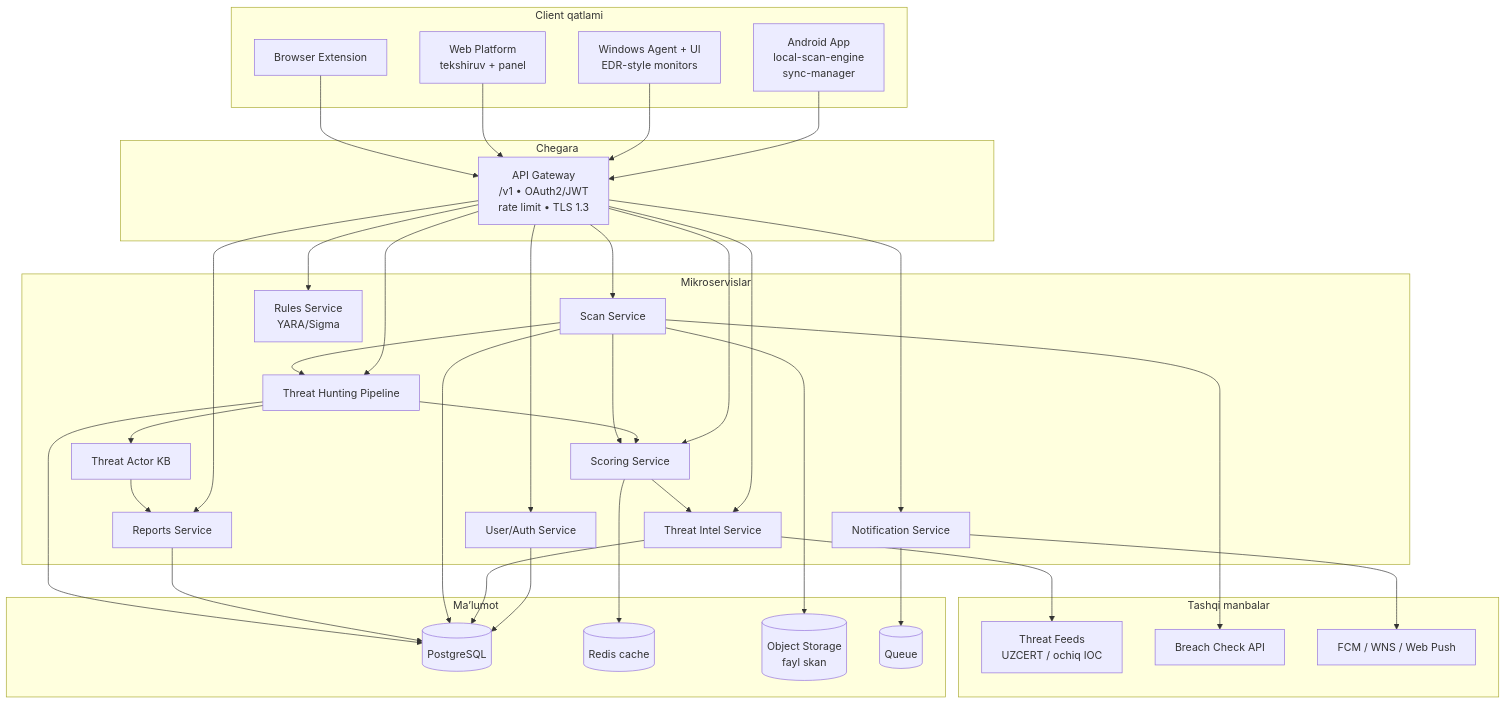
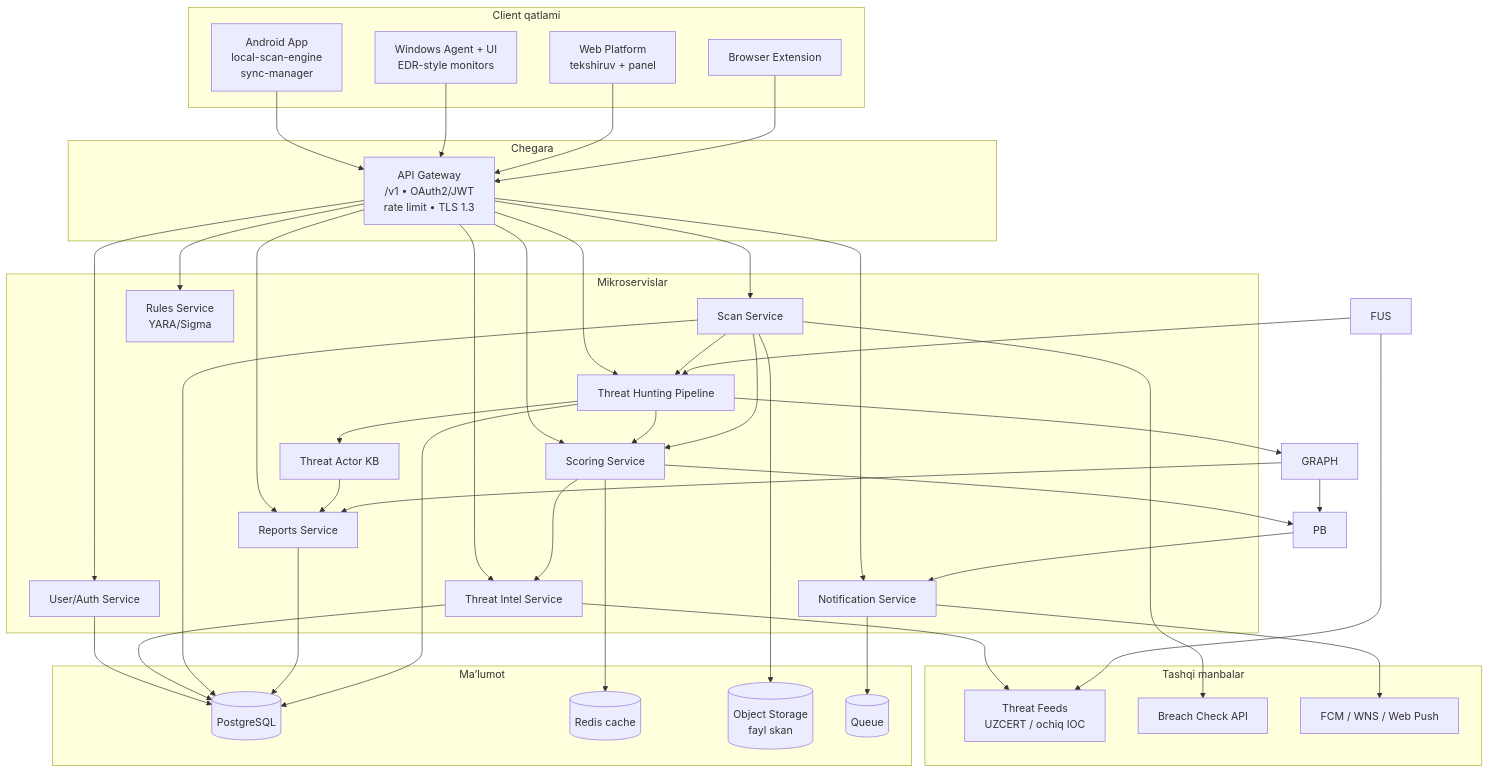
The first of 3 diagrams in docs/cyber-guardian-ai/sdd/01-system-architecture.md (Kamol0303/CYBERHIMOYA), drawn with Mermaid before and after one commit. The commit also changed other lines of this file and 12 other files, not shown here.

First line of the commit message:
Add Killer Edition: fusion, knowledge graph, defensive playbooks

````diff
--- a/docs/cyber-guardian-ai/sdd/01-system-architecture.md
+++ b/docs/cyber-guardian-ai/sdd/01-system-architecture.md
@@ -16,68 +16,75 @@
 ```mermaid
 flowchart TB
   subgraph Clients["Client qatlami"]
     AND["Android App\nlocal-scan-engine\nsync-manager"]
     WIN["Windows Agent + UI\nEDR-style monitors"]
     WEB["Web Platform\ntekshiruv + panel"]
     EXT["Browser Extension"]
   end
 
   subgraph Edge["Chegara"]
     GW["API Gateway\n/v1 • OAuth2/JWT\nrate limit • TLS 1.3"]
   end
 
   subgraph Services["Mikroservislar"]
     AUTH["User/Auth Service"]
     TI["Threat Intel Service"]
     SCAN["Scan Service"]
     SCORE["Scoring Service"]
     NOTIF["Notification Service"]
     RPT["Reports Service"]
     RULE["Rules Service\nYARA/Sigma"]
     HUNT["Threat Hunting Pipeline"]
     TAKB["Threat Actor KB"]
   end
 
   subgraph Data["Ma’lumot"]
     PG[("PostgreSQL")]
     REDIS[("Redis cache")]
     OBJ[("Object Storage\nfayl skan")]
     Q[("Queue")]
   end
 
   subgraph External["Tashqi manbalar"]
     FEEDS["Threat Feeds\nUZCERT / ochiq IOC"]
     BREACH["Breach Check API"]
     PUSH["FCM / WNS / Web Push"]
   end
 
   AND --> GW
   WIN --> GW
   WEB --> GW
   EXT --> GW
   GW --> AUTH
   GW --> TI
   GW --> SCAN
   GW --> SCORE
   GW --> NOTIF
   GW --> RPT
   GW --> RULE
   GW --> HUNT
   SCAN --> HUNT
   HUNT --> TAKB
   HUNT --> SCORE
   TAKB --> RPT
+  FUS --> HUNT
+  HUNT --> GRAPH
+  GRAPH --> PB
+  SCORE --> PB
+  PB --> NOTIF
+  GRAPH --> RPT
   TI --> FEEDS
+  FUS --> FEEDS
   SCAN --> OBJ
   SCAN --> SCORE
   SCORE --> TI
   AUTH --> PG
   TI --> PG
   SCAN --> PG
   SCORE --> REDIS
   NOTIF --> PUSH
   NOTIF --> Q
   RPT --> PG
   SCAN --> BREACH
   HUNT --> PG
 ```
````
